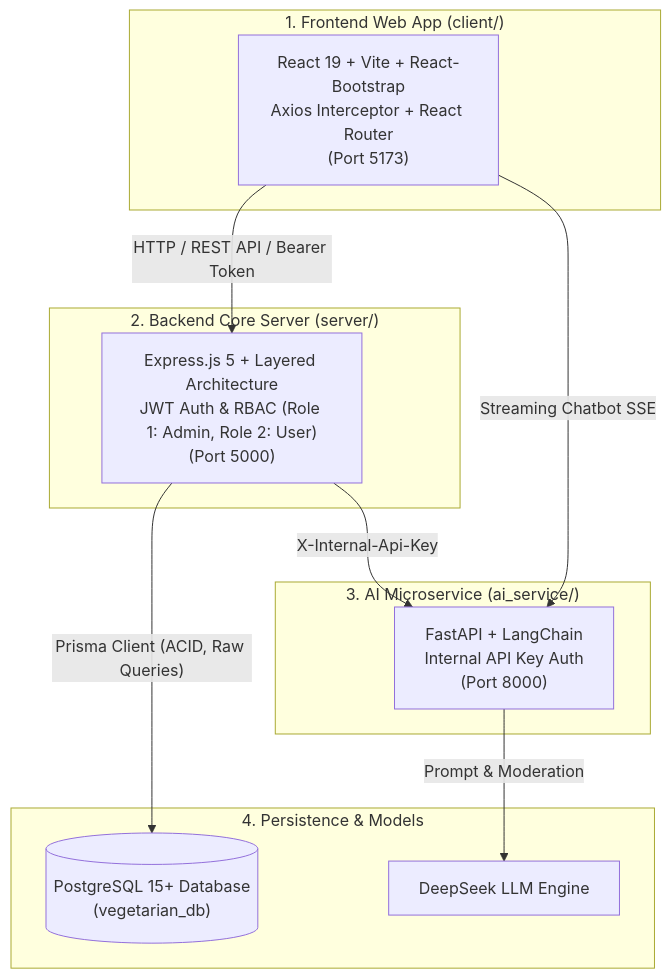
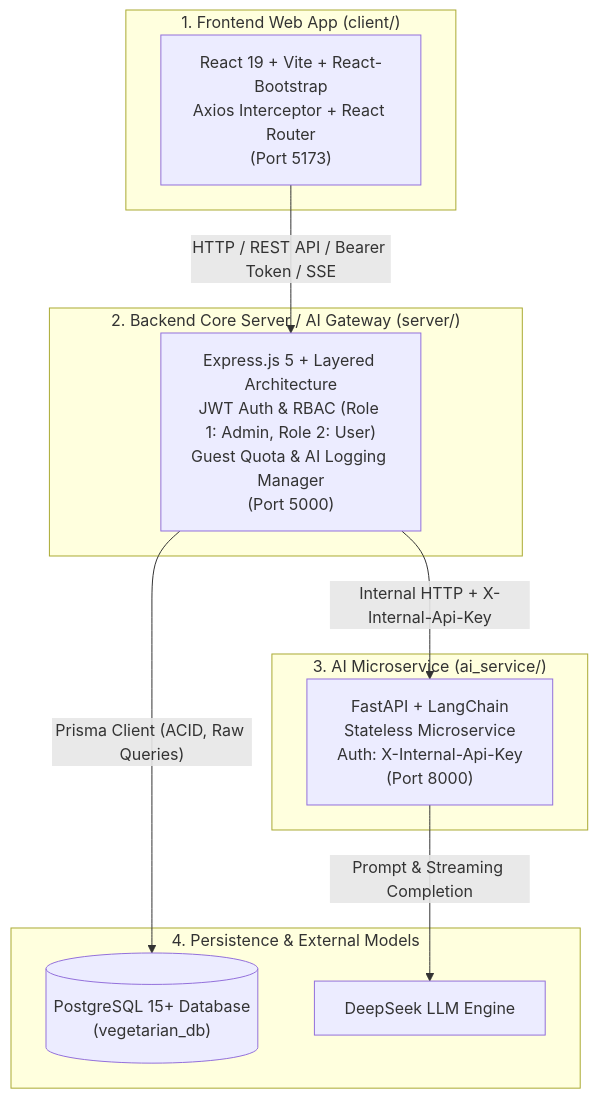
Before and after one commit to minHow14/SWP391: the diagram in README.md, drawn with Mermaid. The commit also changed other lines of this file and 112 other files, not shown here.

````diff
--- a/README.md
+++ b/README.md
@@ -57,25 +59,24 @@
 ```mermaid
 flowchart TD
     subgraph ClientLayer ["1. Frontend Web App (client/)"]
         Client["React 19 + Vite + React-Bootstrap<br/>Axios Interceptor + React Router<br/>(Port 5173)"]
     end
 
-    subgraph BackendLayer ["2. Backend Core Server (server/)"]
-        Server["Express.js 5 + Layered Architecture<br/>JWT Auth & RBAC (Role 1: Admin, Role 2: User)<br/>(Port 5000)"]
+    subgraph BackendLayer ["2. Backend Core Server / AI Gateway (server/)"]
+        Server["Express.js 5 + Layered Architecture<br/>JWT Auth & RBAC (Role 1: Admin, Role 2: User)<br/>Guest Quota & AI Logging Manager<br/>(Port 5000)"]
     end
 
     subgraph AILayer ["3. AI Microservice (ai_service/)"]
-        AIService["FastAPI + LangChain<br/>Internal API Key Auth<br/>(Port 8000)"]
+        AIService["FastAPI + LangChain<br/>Stateless Microservice<br/>Auth: X-Internal-Api-Key<br/>(Port 8000)"]
     end
 
-    subgraph DataLayer ["4. Persistence & Models"]
+    subgraph DataLayer ["4. Persistence & External Models"]
         DB[("PostgreSQL 15+ Database<br/>(vegetarian_db)")]
         DeepSeek["DeepSeek LLM Engine"]
     end
 
-    Client -- "HTTP / REST API / Bearer Token" --> Server
-    Client -- "Streaming Chatbot SSE" --> AIService
+    Client -- "HTTP / REST API / Bearer Token / SSE" --> Server
     Server -- "Prisma Client (ACID, Raw Queries)" --> DB
-    Server -- "X-Internal-Api-Key" --> AIService
-    AIService -- "Prompt & Moderation" --> DeepSeek
+    Server -- "Internal HTTP + X-Internal-Api-Key" --> AIService
+    AIService -- "Prompt & Streaming Completion" --> DeepSeek
 ```
````
